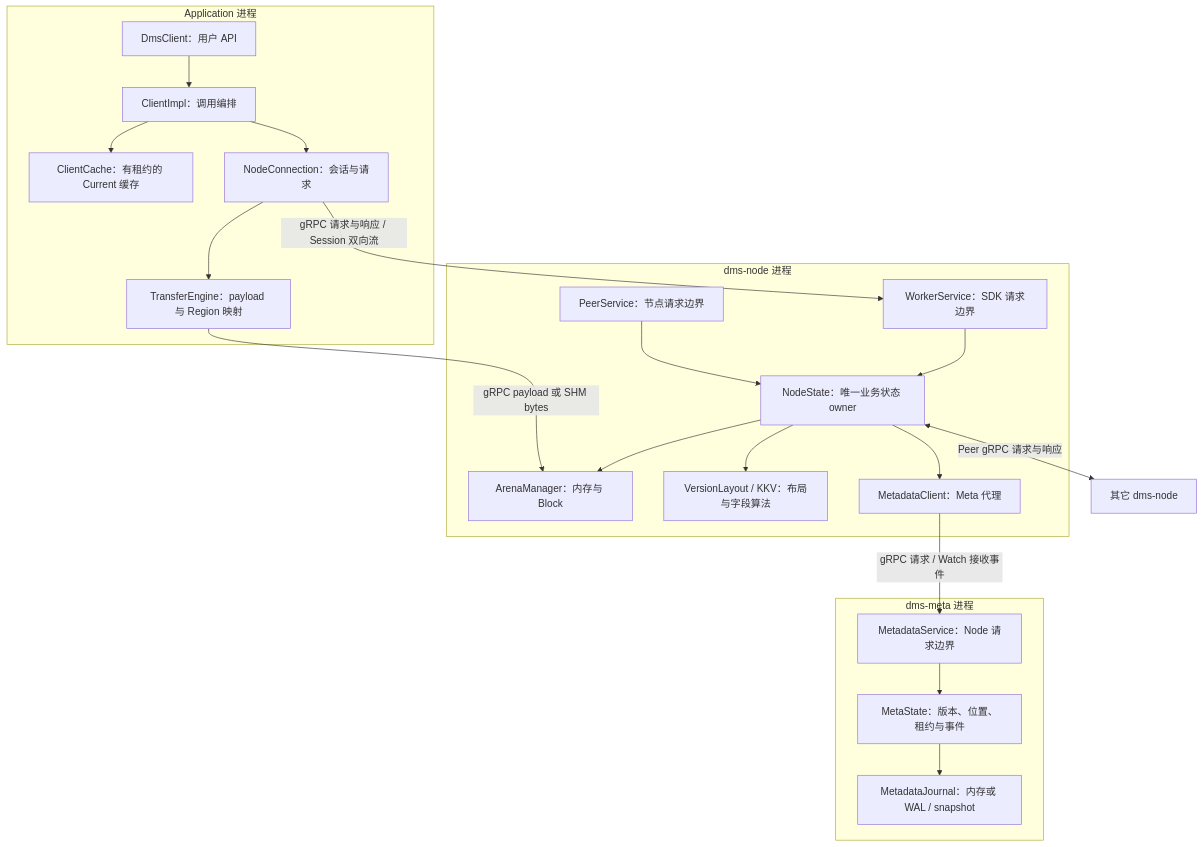
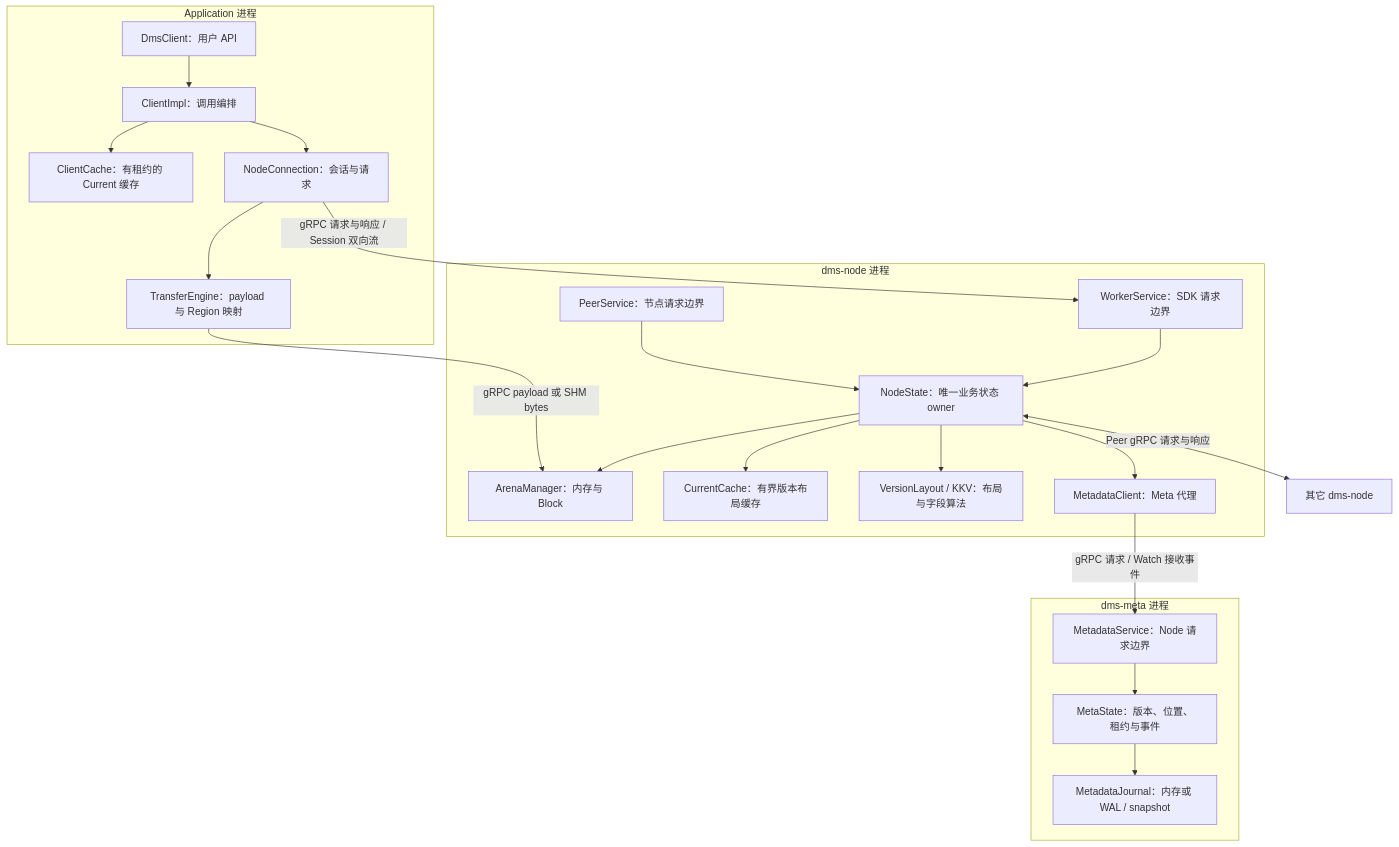
Before and after one commit to lelezi257/dms: the diagram in docs/architecture.md, drawn with Mermaid. The commit also changed other lines of this file and 13 other files, not shown here.

````diff
--- a/docs/architecture.md
+++ b/docs/architecture.md
@@ -7,24 +7,25 @@
 ```mermaid
 flowchart TB
   subgraph APP[Application 进程]
     API[DmsClient：用户 API] --> IMPL[ClientImpl：调用编排]
     IMPL --> CACHE[ClientCache：有租约的 Current 缓存]
     IMPL --> CONN[NodeConnection：会话与请求]
     CONN --> TRANS[TransferEngine：payload 与 Region 映射]
   end
   subgraph NODE[dms-node 进程]
     WORKER[WorkerService：SDK 请求边界] --> STATE[NodeState：唯一业务状态 owner]
     PEER[PeerService：节点请求边界] --> STATE
     STATE --> ARENA[ArenaManager：内存与 Block]
+    STATE --> NC[CurrentCache：有界版本布局缓存]
     STATE --> ALG[VersionLayout / KKV：布局与字段算法]
     STATE --> MC[MetadataClient：Meta 代理]
   end
   subgraph META[dms-meta 进程]
     SERVICE[MetadataService：Node 请求边界] --> MS[MetaState：版本、位置、租约与事件]
     MS --> J[MetadataJournal：内存或 WAL / snapshot]
   end
   CONN -->|gRPC 请求与响应 / Session 双向流| WORKER
   TRANS -->|gRPC payload 或 SHM bytes| ARENA
   MC -->|gRPC 请求 / Watch 接收事件| SERVICE
   STATE <-->|Peer gRPC 请求与响应| OTHER[其它 dms-node]
 ```
````
